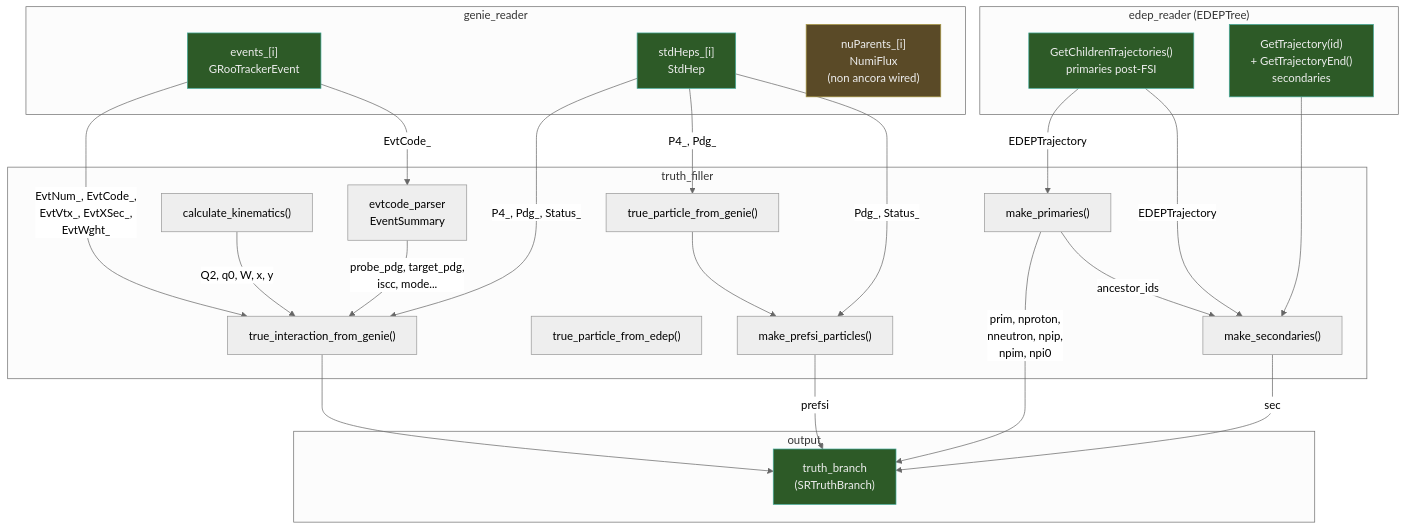
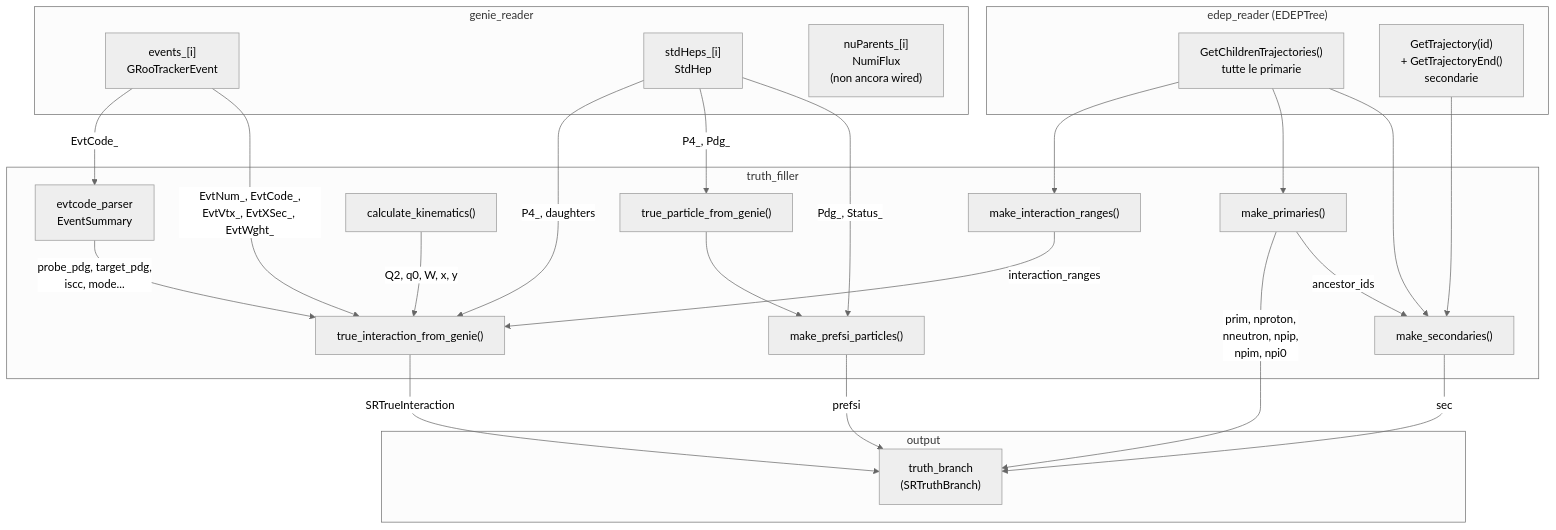
One commit to DUNE/sandreco-experimental changed the diagram in src/processes/common/truth_filler/README.md. Above: the diagram before and after it, drawn with Mermaid (neutral theme).

````diff
--- a/src/processes/common/truth_filler/README.md
+++ b/src/processes/common/truth_filler/README.md
@@ -8,51 +8,61 @@
 ```mermaid
 flowchart TB
     subgraph genie_reader["genie_reader"]
-        events["events_[i]<br/>GRooTrackerEvent"]
-        stdhep["stdHeps_[i]<br/>StdHep"]
-        flux["nuParents_[i]<br/>NumiFlux<br/>(non ancora wired)"]
+        events["events_[i]
+GRooTrackerEvent"]
+        stdhep["stdHeps_[i]
+StdHep"]
+        flux["nuParents_[i]
+NumiFlux
+(non ancora wired)"]
     end
 
     subgraph edep_reader["edep_reader (EDEPTree)"]
-        children["GetChildrenTrajectories()<br/>primaries post-FSI"]
-        traj["GetTrajectory(id)<br/>+ GetTrajectoryEnd()<br/>secondaries"]
+        children["GetChildrenTrajectories()
+tutte le primarie"]
+        traj["GetTrajectory(id)
++ GetTrajectoryEnd()
+secondarie"]
     end
 
     subgraph truth_filler["truth_filler"]
-        parse["evtcode_parser<br/>EventSummary"]
+        mir["make_interaction_ranges()"]
+        parse["evtcode_parser
+EventSummary"]
         kin["calculate_kinematics()"]
         tif["true_interaction_from_genie()"]
         tpf["true_particle_from_genie()"]
-        tpe["true_particle_from_edep()"]
         mp["make_primaries()"]
         mpp["make_prefsi_particles()"]
         ms["make_secondaries()"]
     end
 
     subgraph output["output"]
-        tb["truth_branch<br/>(SRTruthBranch)"]
+        tb["truth_branch
+(SRTruthBranch)"]
     end
 
-    events -->|"EvtNum_, EvtCode_,<br/>EvtVtx_, EvtXSec_,<br/>EvtWght_"| tif
+    children --> mir
     events -->|"EvtCode_"| parse
-    stdhep -->|"P4_, Pdg_, Status_"| tif
+    events -->|"EvtNum_, EvtCode_,
+EvtVtx_, EvtXSec_, EvtWght_"| tif
+    stdhep -->|"P4_, daughters"| tif
     stdhep -->|"P4_, Pdg_"| tpf
     stdhep -->|"Pdg_, Status_"| mpp
-    children -->|"EDEPTrajectory"| mp
-    children -->|"EDEPTrajectory"| ms
-    parse -->|"probe_pdg, target_pdg,<br/>iscc, mode..."| tif
+    mir -->|"interaction_ranges"| tif
+    parse -->|"probe_pdg, target_pdg,
+iscc, mode..."| tif
     kin -->|"Q2, q0, W, x, y"| tif
 
-    tif --> tb
+    tif -->|"SRTrueInteraction"| tb
     tpf --> mpp
     mpp -->|"prefsi"| tb
-    mp -->|"prim, nproton,<br/>nneutron, npip,<br/>npim, npi0"| tb
+    mp -->|"prim, nproton,
+nneutron, npip,
+npim, npi0"| tb
     mp -->|"ancestor_ids"| ms
+    children --> mp
+    children --> ms
     traj --> ms
     ms -->|"sec"| tb
-
-    classDef avail fill:#2d5a27,stroke:#4a9,color:#eee
-    classDef todo fill:#5a4a27,stroke:#a94,color:#eee
-    class events,stdhep,children,traj,tb avail
-    class flux todo
 ```
````
